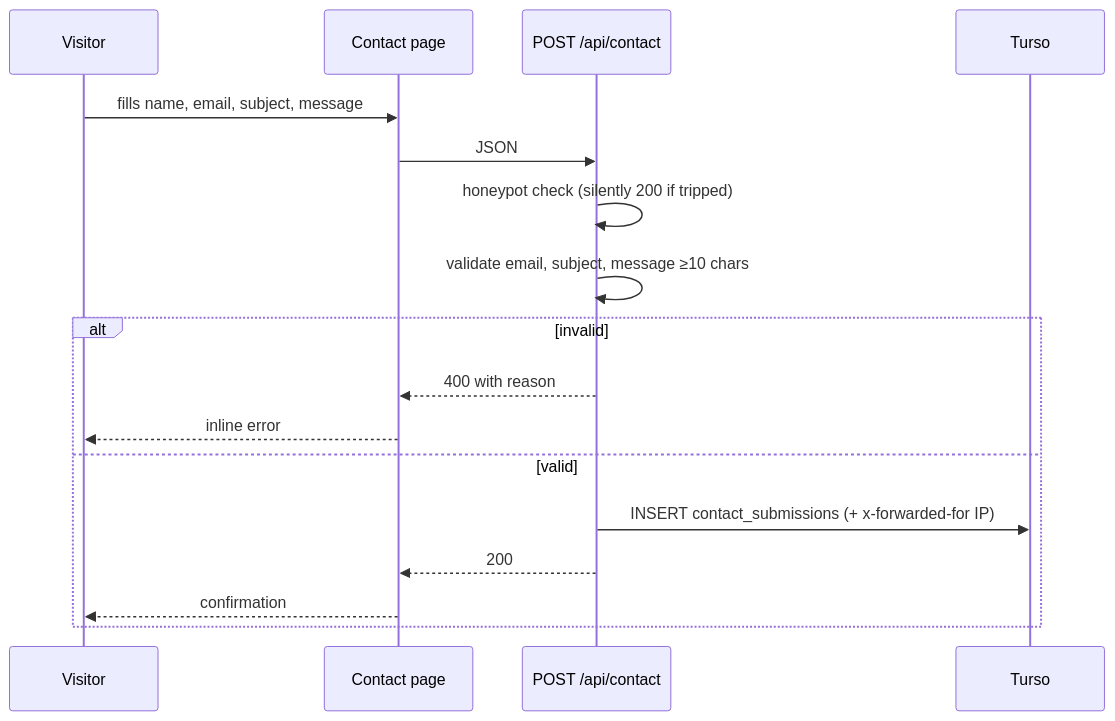
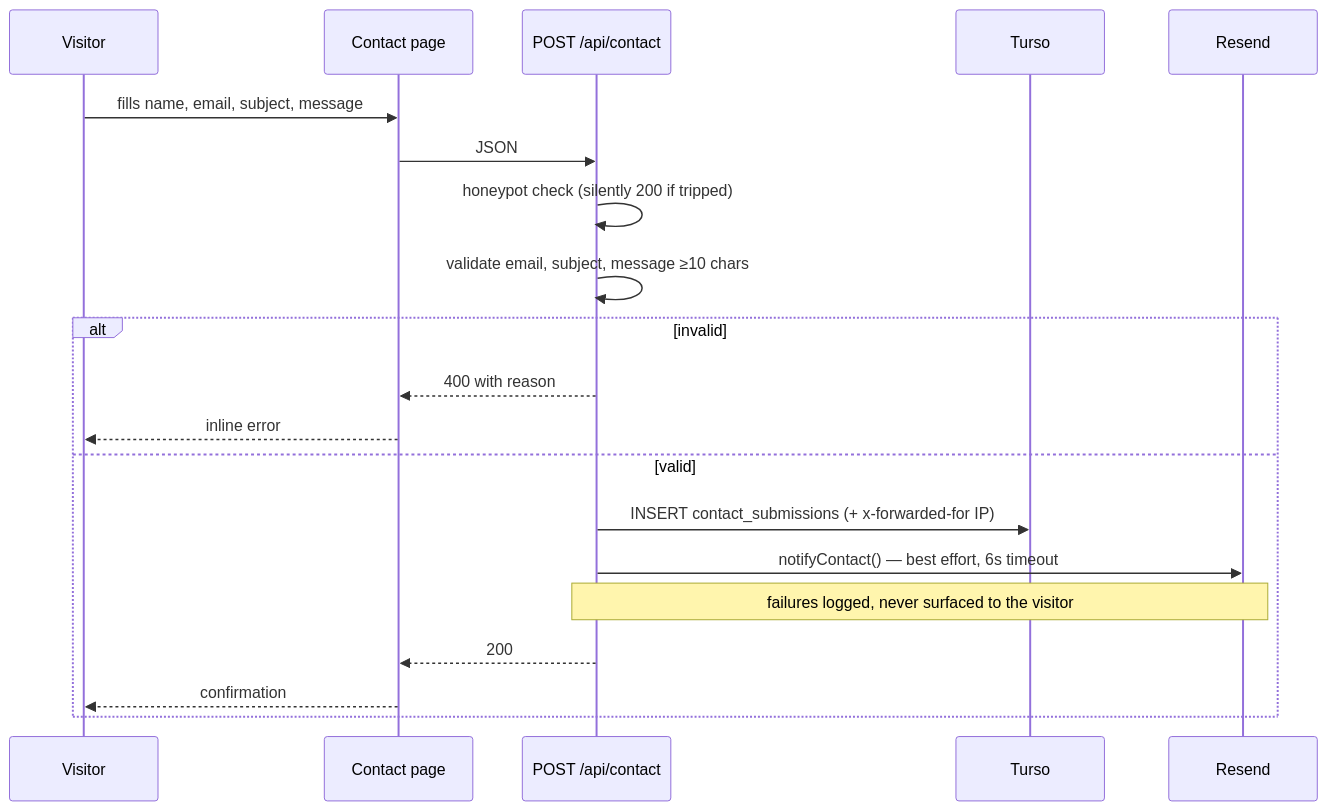
Before and after one commit to tallZacchaeus/gvim: the second of 4 diagrams in docs/03-App-Flow.md, drawn with Mermaid. The commit also changed other lines of this file and 7 other files, not shown here.

````diff
--- a/docs/03-App-Flow.md
+++ b/docs/03-App-Flow.md
@@ -62,19 +62,22 @@
 ```mermaid
 sequenceDiagram
   participant V as Visitor
   participant UI as Contact page
   participant API as POST /api/contact
   participant DB as Turso
+  participant Mail as Resend
   V->>UI: fills name, email, subject, message
   UI->>API: JSON
   API->>API: honeypot check (silently 200 if tripped)
   API->>API: validate email, subject, message ≥10 chars
   alt invalid
     API-->>UI: 400 with reason
     UI-->>V: inline error
   else valid
     API->>DB: INSERT contact_submissions (+ x-forwarded-for IP)
+    API->>Mail: notifyContact() — best effort, 6s timeout
+    Note over API,Mail: failures logged, never surfaced to the visitor
     API-->>UI: 200
     UI-->>V: confirmation
   end
 ```
````
